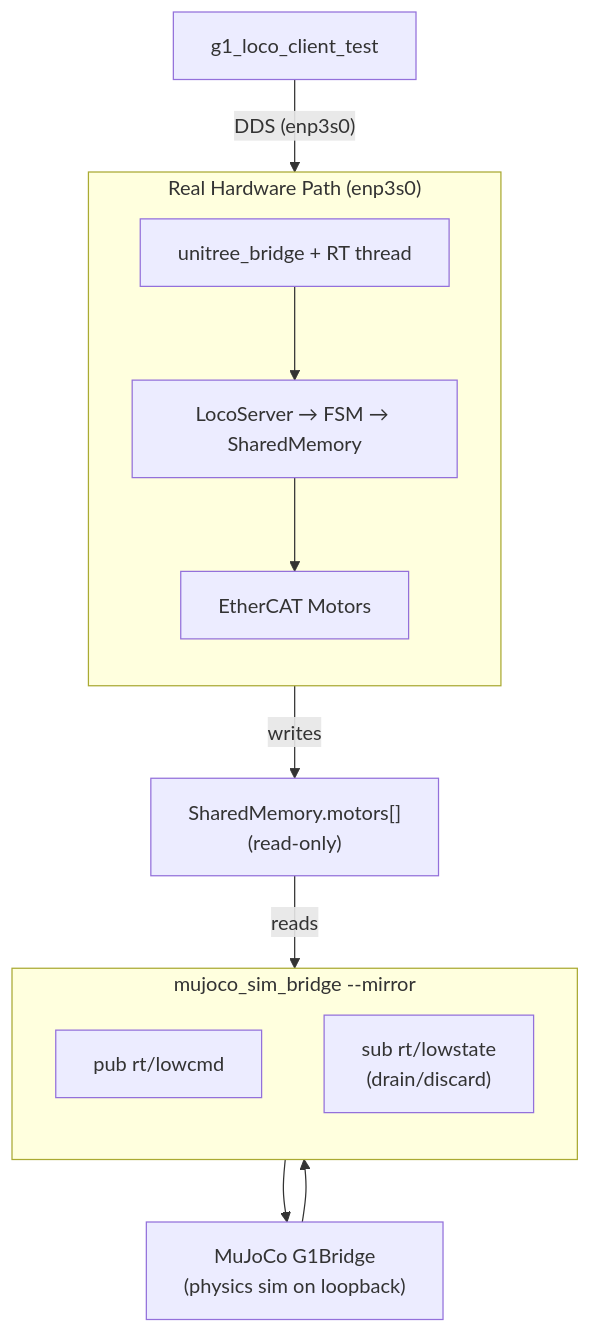
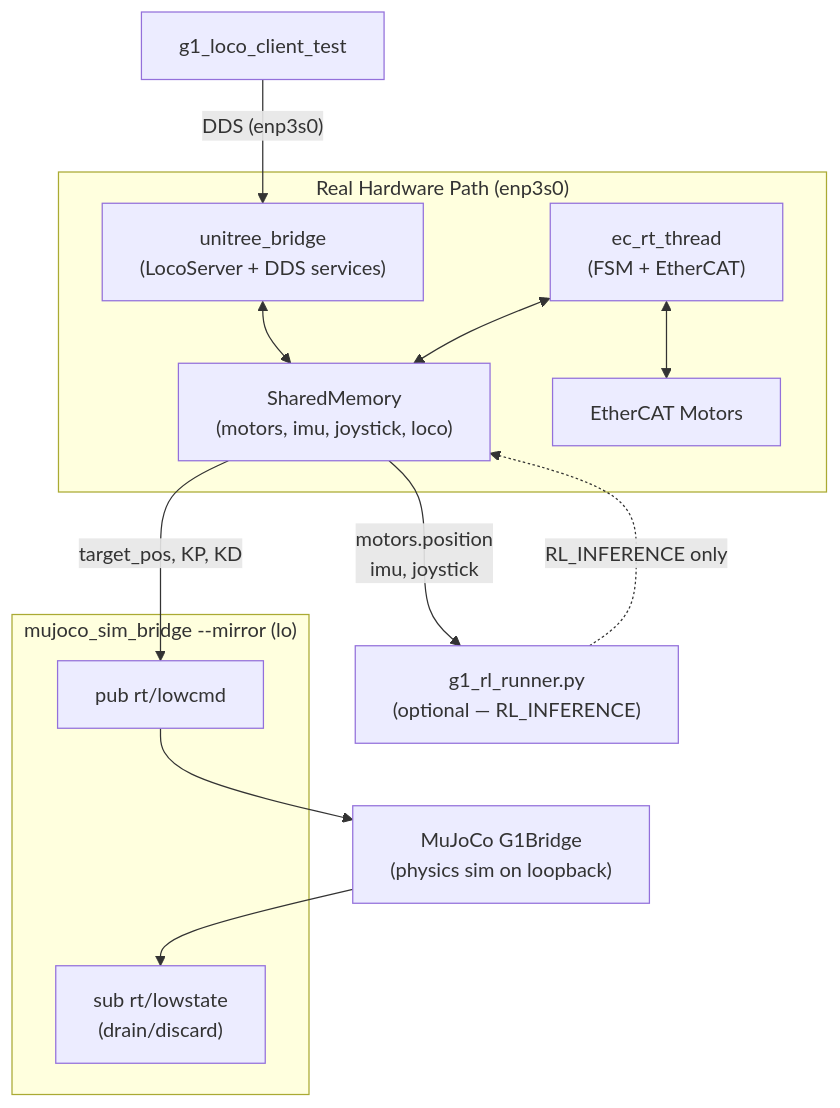
The second of 5 diagrams in Mujoco Simulation.md (yctan70/hello-world), drawn with Mermaid before and after one commit. The commit also changed other lines of this file, not shown here.

Commit message:
Mujoco Simulation.md updated from https://stackedit.io/

````diff
--- a/Mujoco Simulation.md
+++ b/Mujoco Simulation.md
@@ -53,28 +75,30 @@
 ```mermaid
 flowchart TD
     Client["g1_loco_client_test"]
 
     subgraph hardware ["Real Hardware Path (enp3s0)"]
-        direction TB
-        UBridge["unitree_bridge + RT thread"]
-        HW_FSM["LocoServer → FSM → SharedMemory"]
-        EtherCAT["EtherCAT Motors"]
-        UBridge --> HW_FSM --> EtherCAT
+        UBridge["unitree_bridge\n(LocoServer + DDS services)"]
+        EcRT["ec_rt_thread\n(FSM + EtherCAT)"]
+        ShmData["SharedMemory\n(motors, imu, joystick, loco)"]
+        Actuators["EtherCAT Motors"]
+        UBridge <--> ShmData
+        EcRT <--> ShmData
+        EcRT <--> Actuators
     end
 
-    ShmMotors["SharedMemory.motors[]\n(read-only)"]
+    RLRunner["g1_rl_runner.py\n(optional — RL_INFERENCE)"]
 
-    subgraph mirror ["mujoco_sim_bridge --mirror"]
-        direction TB
+    subgraph mirror ["mujoco_sim_bridge --mirror (lo)"]
         PubCmd["pub rt/lowcmd"]
         SubState["sub rt/lowstate\n(drain/discard)"]
     end
 
     MuJoCo["MuJoCo G1Bridge\n(physics sim on loopback)"]
 
     Client -- "DDS (enp3s0)" --> UBridge
-    HW_FSM -- "writes" --> ShmMotors
-    ShmMotors -- "reads" --> mirror
+    ShmData -- "target_pos, KP, KD" --> PubCmd
+    ShmData -- "motors.position\nimu, joystick" --> RLRunner
+    RLRunner -. "RL_INFERENCE only" .-> ShmData
     PubCmd --> MuJoCo
     MuJoCo --> SubState
 ```
````
